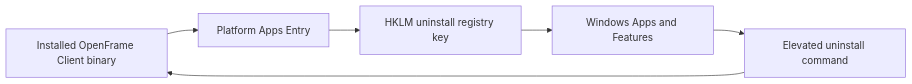
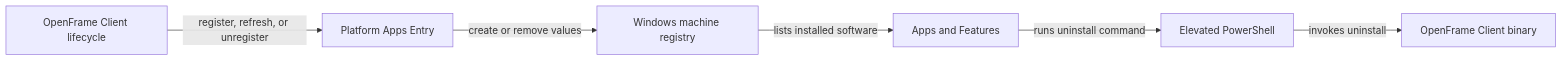
The first of 5 diagrams in docs/reference/architecture/openframe-client-core/platform-apps-entry/platform-apps-entry.md (flamingo-stack/openframe-oss-tenant), drawn with Mermaid before and after one commit. The commit also changed other lines of this file and 2377 other files, not shown here.

````diff
--- a/docs/reference/architecture/openframe-client-core/platform-apps-entry/platform-apps-entry.md
+++ b/docs/reference/architecture/openframe-client-core/platform-apps-entry/platform-apps-entry.md
@@ -27,8 +23,8 @@
 ```mermaid
 flowchart LR
-    ClientBinary["Installed OpenFrame Client binary"] --> Registration["Platform Apps Entry"]
-    Registration --> RegistryKey["HKLM uninstall registry key"]
-    RegistryKey --> WindowsSettings["Windows Apps and Features"]
-    WindowsSettings --> UninstallCommand["Elevated uninstall command"]
-    UninstallCommand --> ClientBinary
+    ClientLifecycle["OpenFrame Client lifecycle"] -->|"register, refresh, or unregister"| AppsEntry["Platform Apps Entry"]
+    AppsEntry -->|"create or remove values"| Registry["Windows machine registry"]
+    Registry -->|"lists installed software"| WindowsUI["Apps and Features"]
+    WindowsUI -->|"runs uninstall command"| ElevatedShell["Elevated PowerShell"]
+    ElevatedShell -->|"invokes uninstall"| ClientBinary["OpenFrame Client binary"]
 ```
````
